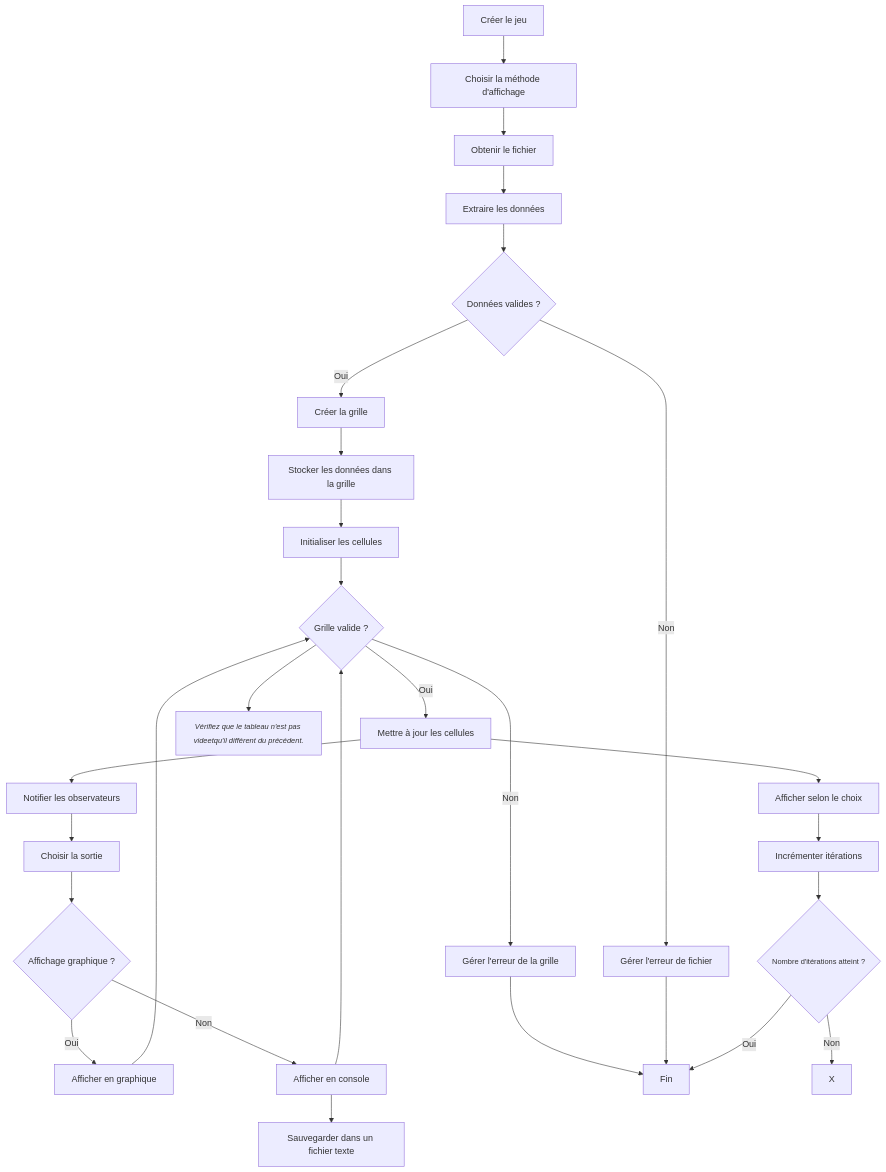
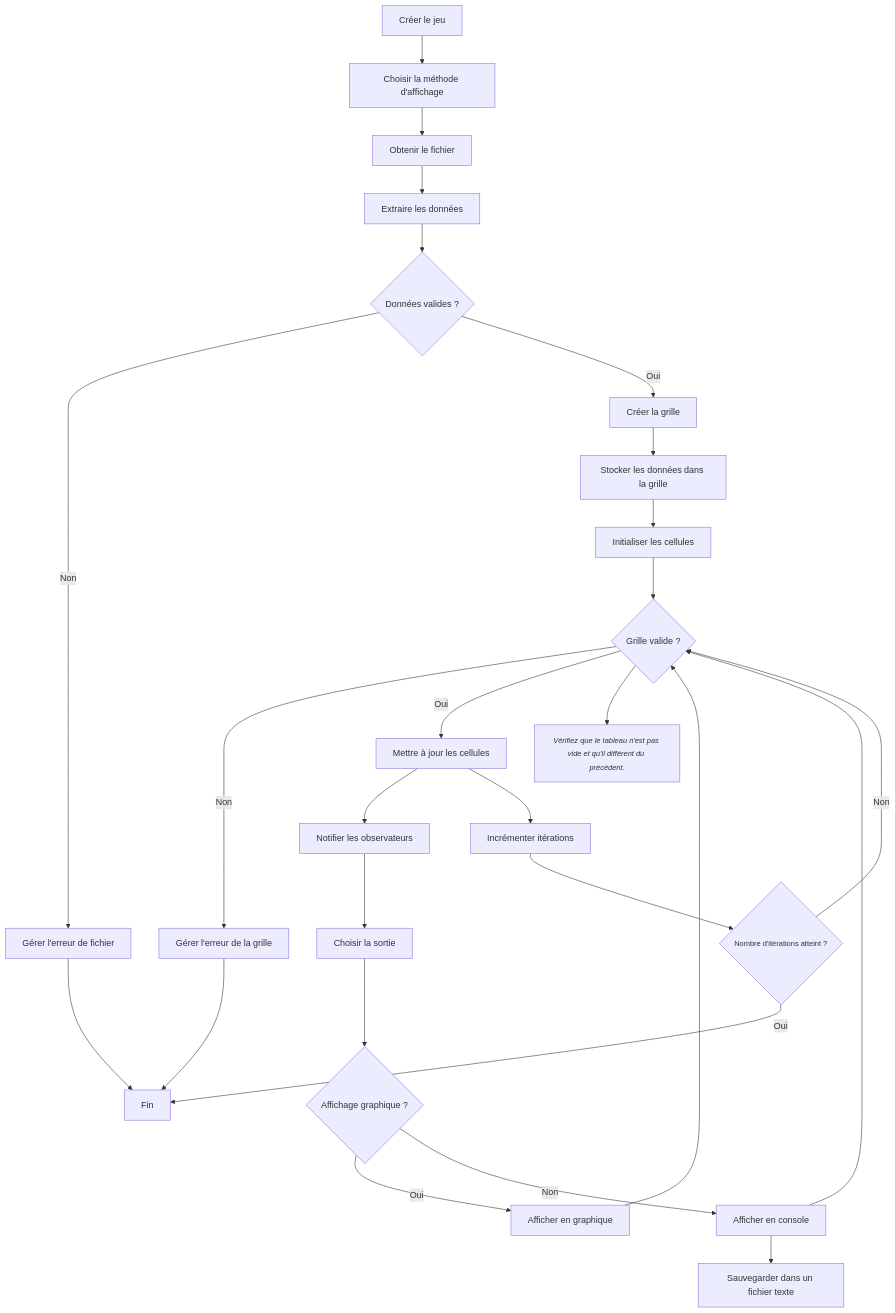
Before and after one commit to Luis06000/game-of-life: the diagram in Diagrams/ActivityDiagram.mmd, drawn with Mermaid. The commit also changed 1 other file, not shown here.

Commit message:
Activity Diagram

```diff
--- a/Diagrams/ActivityDiagram.mmd
+++ b/Diagrams/ActivityDiagram.mmd
@@ -1,32 +1,31 @@
 graph TD
     A[Créer le jeu] --> B[Choisir la méthode d'affichage]
     B --> C[Obtenir le fichier]
     C --> D[Extraire les données]
     D --> E{Données valides ?}
     E -->|Non| F[Gérer l'erreur de fichier]
     E -->|Oui| I[Créer la grille]
     I --> J[Stocker les données dans la grille]
     J --> K[Initialiser les cellules]
     
     K --> M{Grille valide ?}
 
     M -->|Non| O[Gérer l'erreur de la grille]
     M -->|Oui| N[Mettre à jour les cellules]
     N --> P[Notifier les observateurs]
     P --> Q[Choisir la sortie]
     Q --> R{Affichage graphique ?}
     R -->|Oui| T[Afficher en graphique]
     R -->|Non| U[Afficher en console]
     U --> V[Sauvegarder dans un fichier texte]
     U --> M
 
     O --> W[Fin]
     F --> W
     T --> M
-    N -->Y[Afficher selon le choix]
-    Y --> Z[Incrémenter itérations]
+    N -->Z[Incrémenter itérations]
     Z --> AA{<small>Nombre d'itérations atteint ?</small>}
     AA -->|Oui| W
-    AA -->|Non| X
+    AA -->|Non| M
 
-    M --> commentaire[<small><i>Vérifiez que le tableau n'est pas videetqu'il différent du précédent.</i></small>]
+    M --> commentaire[<small><i>Vérifiez que le tableau n'est pas vide et qu'il différent du précédent.</i></small>]
```
